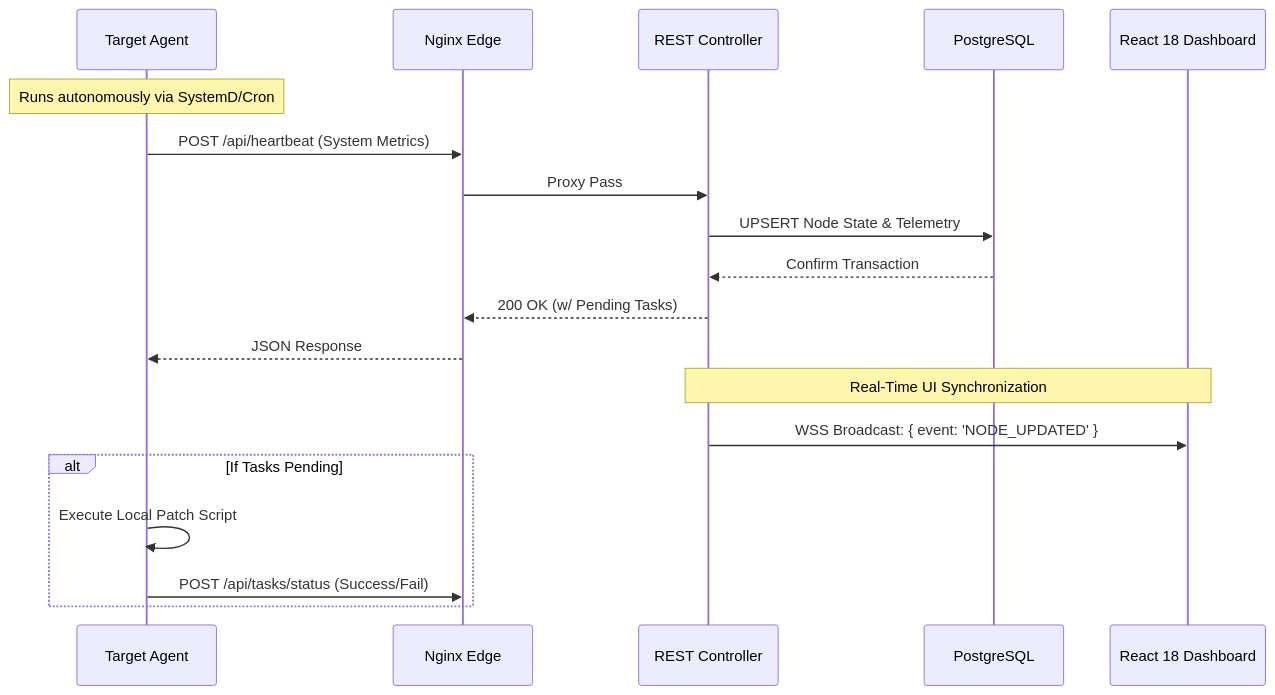
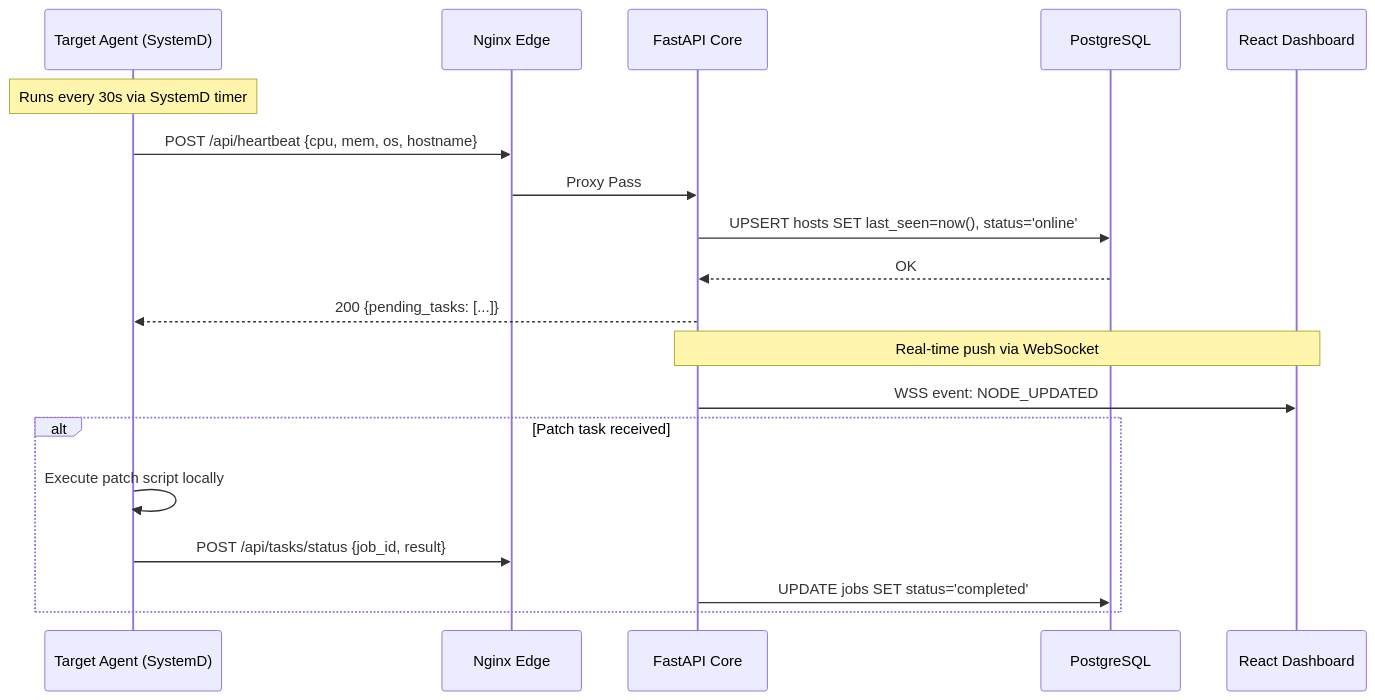
Before and after one commit to patchmastertool-ai/patchmaster: the second of 2 diagrams in README.md, drawn with Mermaid. The commit also changed other lines of this file, not shown here.

````diff
--- a/README.md
+++ b/README.md
@@ -90,24 +100,24 @@
 ```mermaid
 sequenceDiagram
-    participant Agent as Target Agent
-    participant Nginx as Nginx Edge
-    participant API as REST Controller
-    participant DB as PostgreSQL
-    participant UI as React 18 Dashboard
+    participant A as Target Agent (SystemD)
+    participant N as Nginx Edge
+    participant F as FastAPI Core
+    participant D as PostgreSQL
+    participant U as React Dashboard
 
-    Note over Agent: Runs autonomously via SystemD/Cron
-    Agent->>Nginx: POST /api/heartbeat (System Metrics)
-    Nginx->>API: Proxy Pass
-    API->>DB: UPSERT Node State & Telemetry
-    DB-->>API: Confirm Transaction
-    API-->>Nginx: 200 OK (w/ Pending Tasks)
-    Nginx-->>Agent: JSON Response
-    
-    Note over API, UI: Real-Time UI Synchronization
-    API->>UI: WSS Broadcast: { event: 'NODE_UPDATED' }
-    
-    alt If Tasks Pending
-        Agent->>Agent: Execute Local Patch Script
-        Agent->>Nginx: POST /api/tasks/status (Success/Fail)
+    Note over A: Runs every 30s via SystemD timer
+    A->>N: POST /api/heartbeat {cpu, mem, os, hostname}
+    N->>F: Proxy Pass
+    F->>D: UPSERT hosts SET last_seen=now(), status='online'
+    D-->>F: OK
+    F-->>A: 200 {pending_tasks: [...]}
+
+    Note over F,U: Real-time push via WebSocket
+    F->>U: WSS event: NODE_UPDATED
+
+    alt Patch task received
+        A->>A: Execute patch script locally
+        A->>N: POST /api/tasks/status {job_id, result}
+        F->>D: UPDATE jobs SET status='completed'
     end
 ```
````
